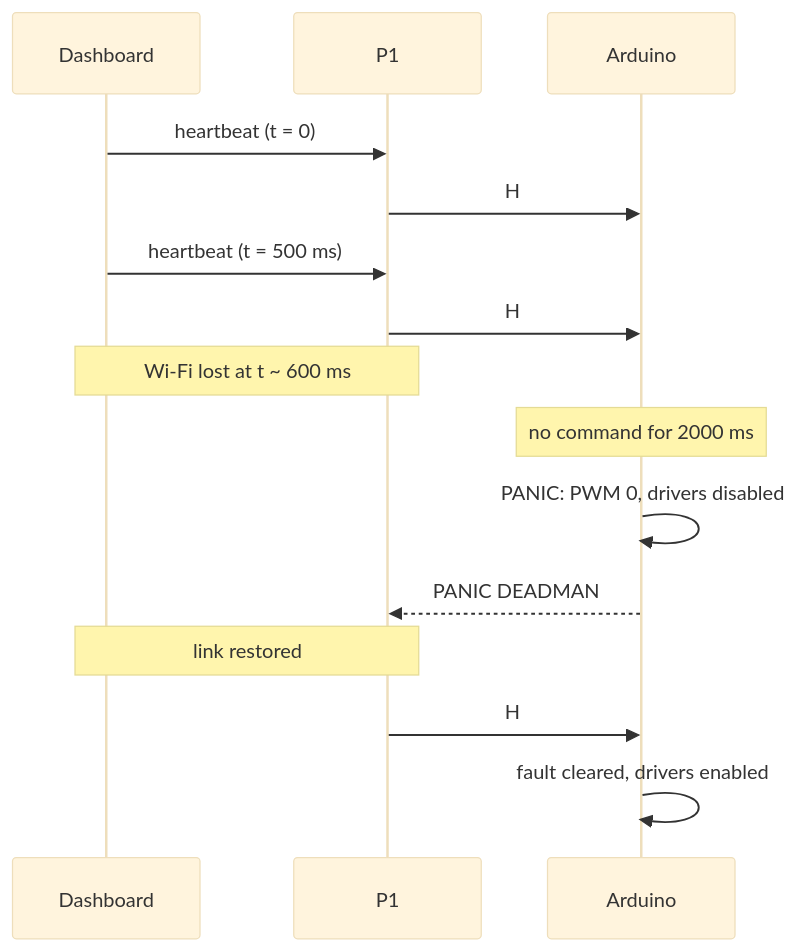
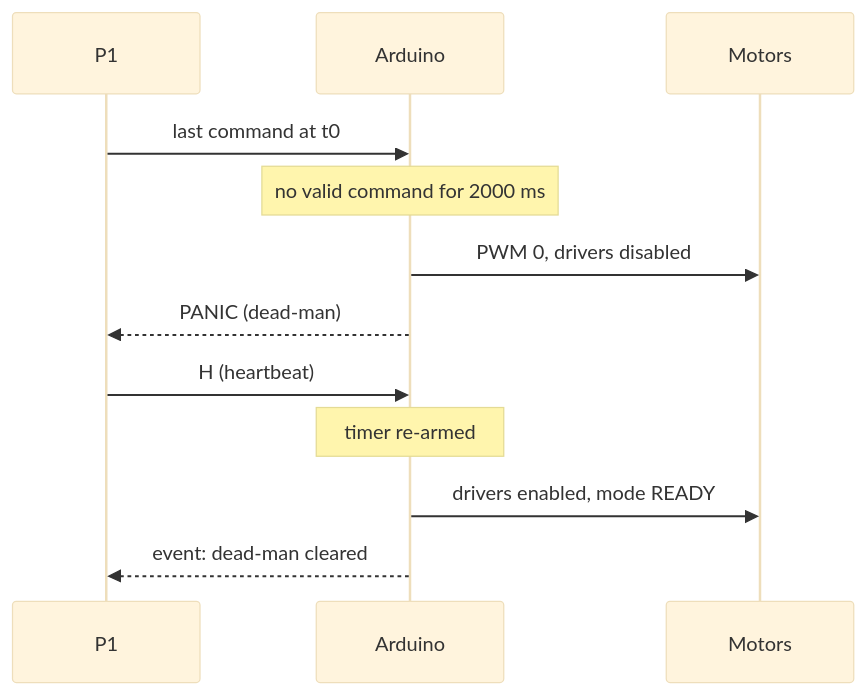
Before and after one commit to baiust999/robort-code-from-pi: the fifth of 12 diagrams in research paper/section3_methodology.md, drawn with Mermaid (base theme). The commit also changed other lines of this file and 2 other files, not shown here.

````diff
--- a/research paper/section3_methodology.md
+++ b/research paper/section3_methodology.md
@@ -236,17 +138,14 @@
 ```mermaid
 sequenceDiagram
-  participant D as Dashboard
   participant P as P1
   participant A as Arduino
-  D->>P: heartbeat (t = 0)
-  P->>A: H
-  D->>P: heartbeat (t = 500 ms)
-  P->>A: H
-  Note over D,P: Wi-Fi lost at t ~ 600 ms
-  Note over A: no command for 2000 ms
-  A->>A: PANIC: PWM 0, drivers disabled
-  A-->>P: PANIC DEADMAN
-  Note over D,P: link restored
-  P->>A: H
-  A->>A: fault cleared, drivers enabled
+  participant M as Motors
+  P->>A: last command at t0
+  Note over A: no valid command for 2000 ms
+  A->>M: PWM 0, drivers disabled
+  A-->>P: PANIC (dead-man)
+  P->>A: H (heartbeat)
+  Note over A: timer re-armed
+  A->>M: drivers enabled, mode READY
+  A-->>P: event: dead-man cleared
 ```
````
